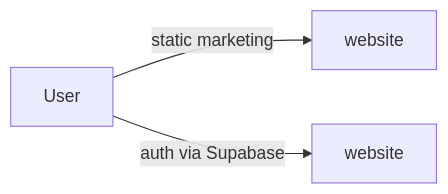
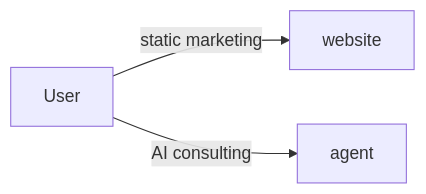
The second of 5 diagrams in CLAUDE.md (im-u-com/.github), drawn with Mermaid before and after one commit. The commit also changed other lines of this file and 8 other files, not shown here.

````diff
--- a/CLAUDE.md
+++ b/CLAUDE.md
@@ -49,5 +51,5 @@
 ```mermaid
 graph LR
     User -->|static marketing| website
-    User -->|auth via Supabase| webapp["website"]
+    User -->|AI consulting| agent["agent"]
 ```
````
